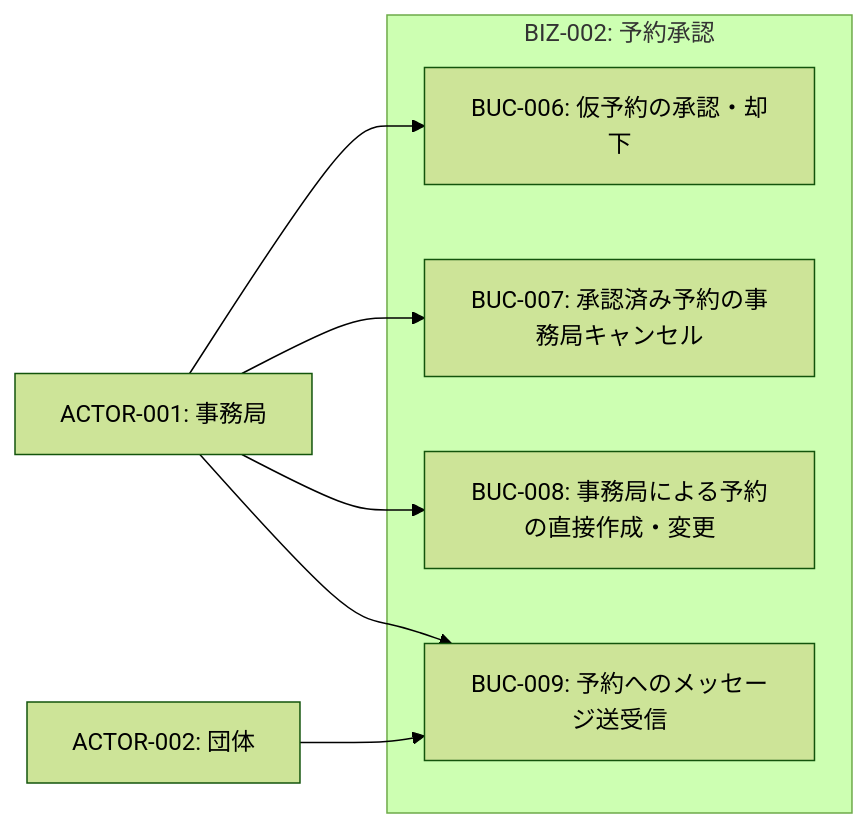
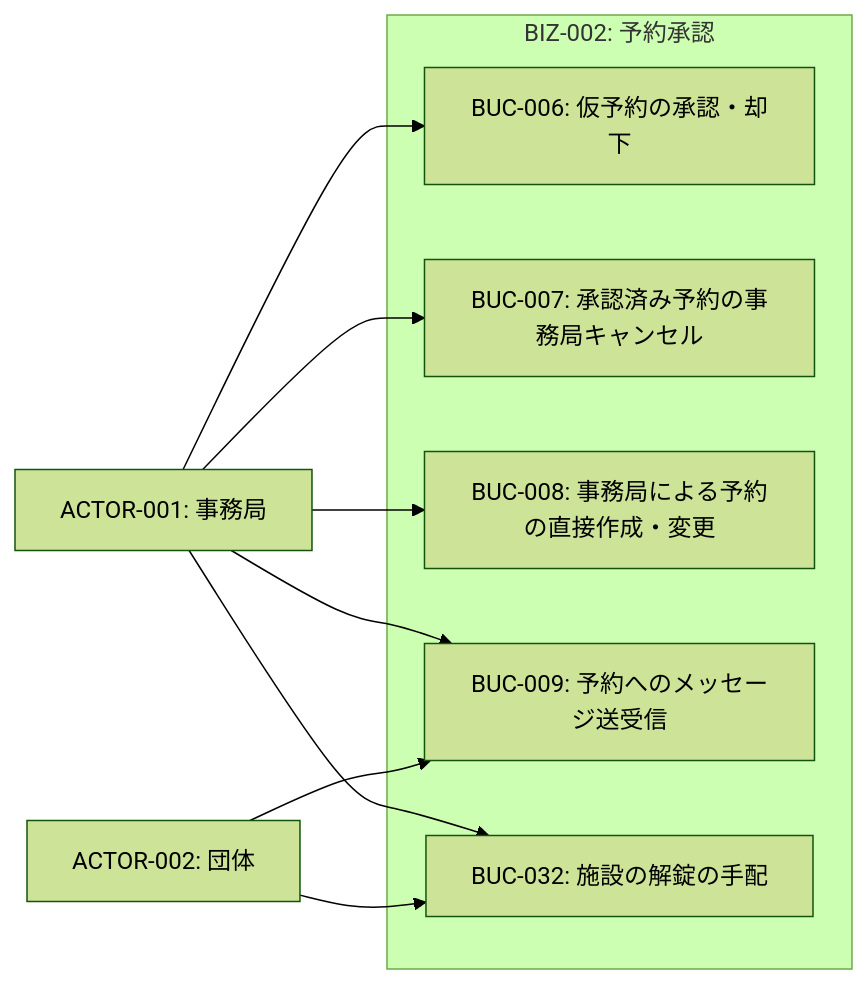
The first of 6 diagrams in rdra/contexts/reservation-approval.md (gdsc-osaka/iclub-reserve), drawn with Mermaid (forest theme) before and after one commit. The commit also changed other lines of this file and 10 other files, not shown here.

````diff
--- a/rdra/contexts/reservation-approval.md
+++ b/rdra/contexts/reservation-approval.md
@@ -206,18 +244,21 @@
 ```mermaid
 graph LR
     actor1["ACTOR-001: 事務局"]
     actor2["ACTOR-002: 団体"]
 
     subgraph biz2["BIZ-002: 予約承認"]
         buc6["BUC-006: 仮予約の承認・却下"]
         buc7["BUC-007: 承認済み予約の事務局キャンセル"]
         buc8["BUC-008: 事務局による予約の直接作成・変更"]
         buc9["BUC-009: 予約へのメッセージ送受信"]
+        buc32["BUC-032: 施設の解錠の手配"]
     end
 
     actor1 --> buc6
     actor1 --> buc7
     actor1 --> buc8
     actor1 --> buc9
+    actor1 --> buc32
     actor2 --> buc9
+    actor2 --> buc32
 ```
````
